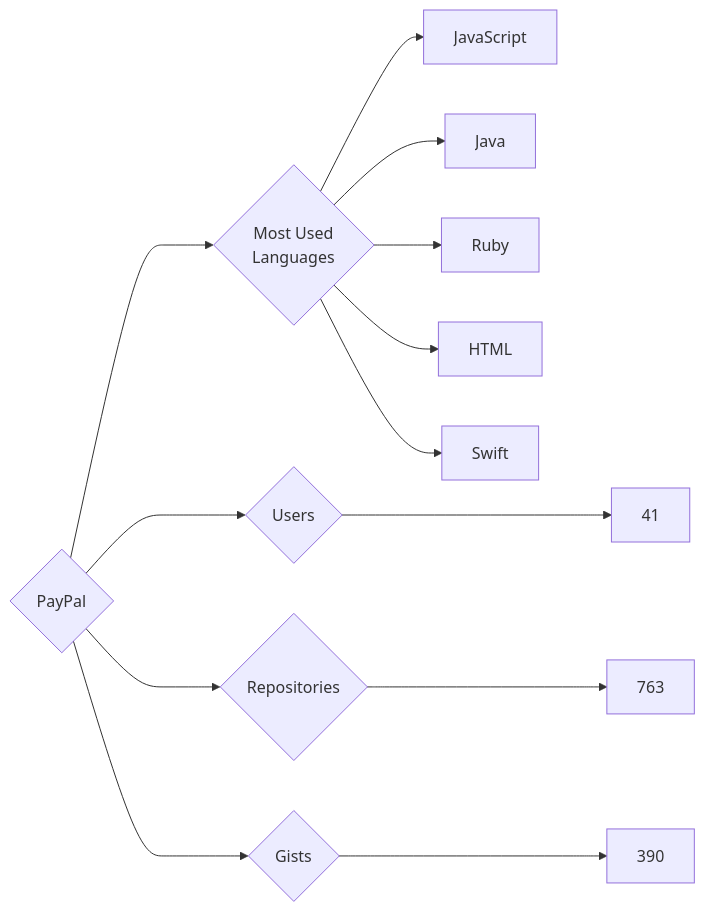
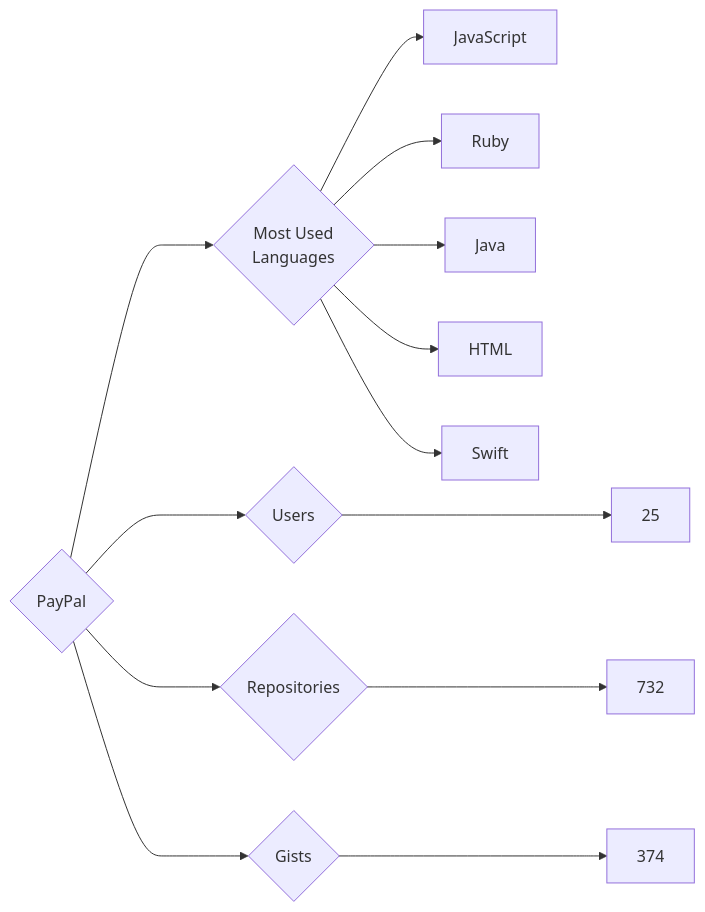
One commit to trickest/insiders changed the diagram in targets/PayPal/README.md. Above: the diagram before and after it, drawn with Mermaid. The commit also changed 1011 other files, not shown here.

````diff
--- a/targets/PayPal/README.md
+++ b/targets/PayPal/README.md
@@ -3,13 +3,13 @@
 ```mermaid
 graph LR
 COMPANY_NAME{PayPal}
-COMPANY_NAME ---> U{Users} ---> UN[41]
-COMPANY_NAME ---> R{Repositories} ---> RN[763]
-COMPANY_NAME ---> G{Gists} ---> GN[390]
+COMPANY_NAME ---> U{Users} ---> UN[25]
+COMPANY_NAME ---> R{Repositories} ---> RN[732]
+COMPANY_NAME ---> G{Gists} ---> GN[374]
 COMPANY_NAME ---> ML{Most Used<br>Languages}
 ML --> JavaScript[JavaScript]
+ML --> Ruby[Ruby]
 ML --> Java[Java]
-ML --> Ruby[Ruby]
 ML --> HTML[HTML]
 ML --> Swift[Swift]
 ```
````
